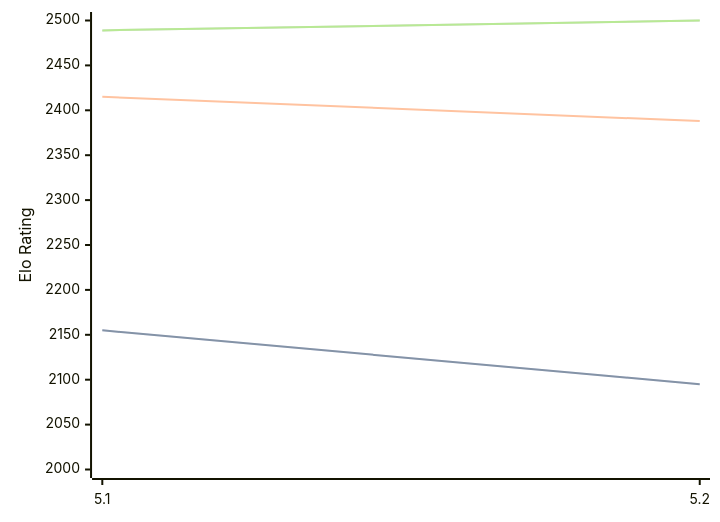
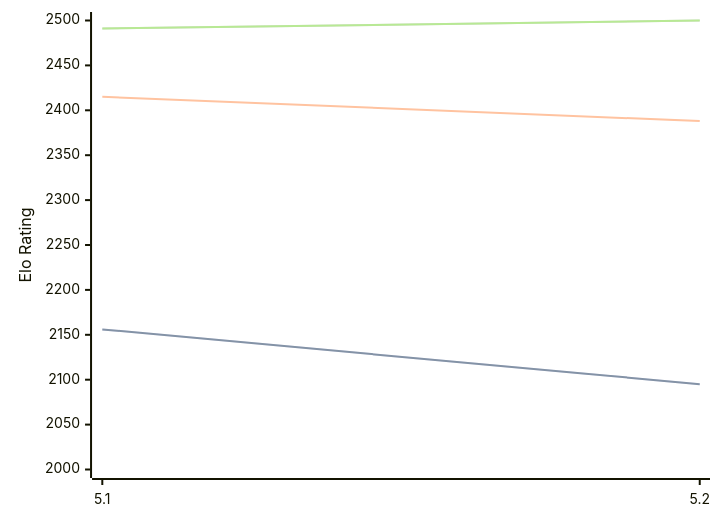
Before and after one commit to computer-chess-index/cci: the diagram in engines/Prophet.md, drawn with Mermaid. The commit also changed other lines of this file, not shown here.

Commit message:
Update CCI Ratings (ELO VLTC) - 2026-06-11

````diff
--- a/engines/Prophet.md
+++ b/engines/Prophet.md
@@ -38,11 +38,11 @@
 ```mermaid
 %%{init: {"theme":"base","themeVariables":{"seriesColors:['#a3a3a3','#222221','#faa371']}}}%%
 xychart-beta
   x-axis ["5.1", "5.2"]
   y-axis "Elo Rating" 2000 --> 2500
-  line "STC (8.0+0.08s)" [2155, 2095]
-  line "STC (8.0+0.08s)" [2155, 2095]
+  line "STC (8.0+0.08s)" [2156, 2095]
+  line "STC (8.0+0.08s)" [2156, 2095]
   line "LTC (60.0+0.60s)" [2415, 2388]
-  line "VLTC (2m24s+1.12s)" [2489, 2500]
-  line "VLTC (2m24s+1.12s)" [2489, 2500]
+  line "VLTC (2m24s+1.12s)" [2491, 2500]
+  line "VLTC (2m24s+1.12s)" [2491, 2500]
 ```
````
